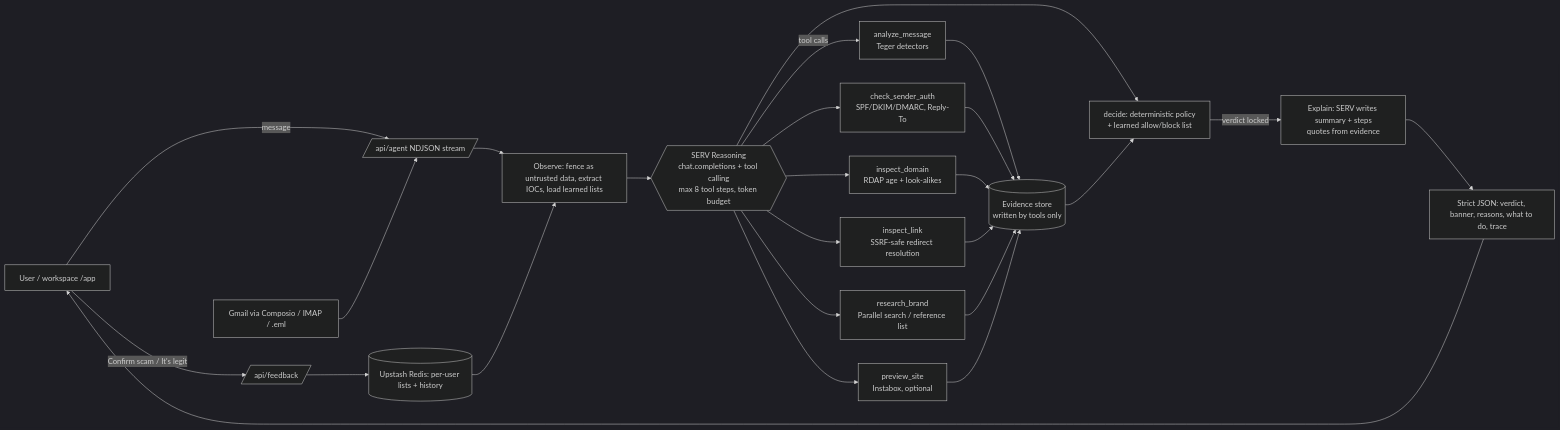
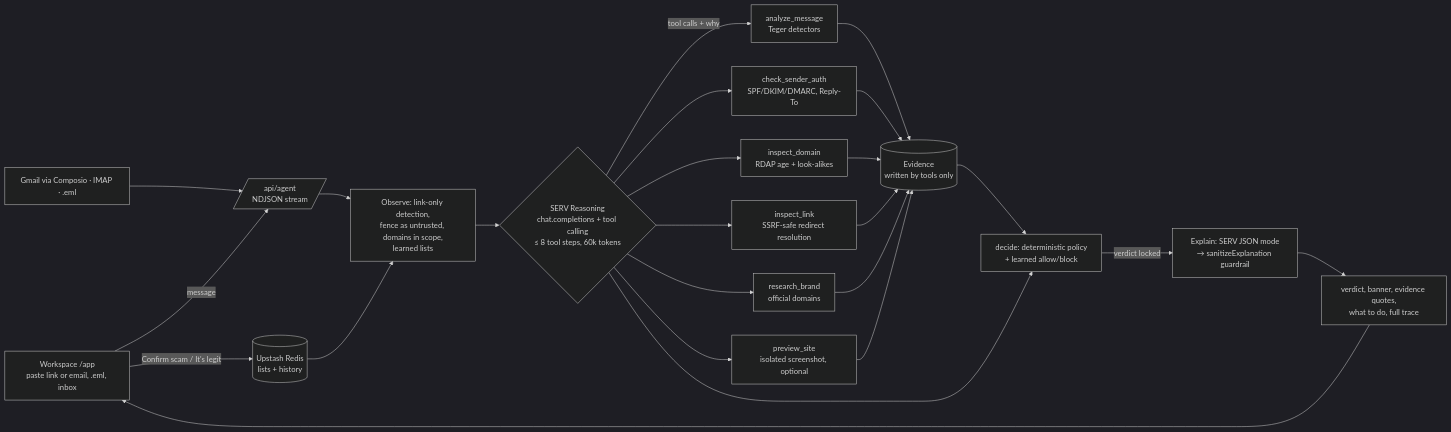
The diagram in README.md (dukemawex/teger-agent), drawn with Mermaid (dark theme) before and after one commit. The commit also changed other lines of this file and 1 other file, not shown here.

Commit message:
README for judges: 30-second try-it path, badges, SERV usage with line permalinks, eval table, safety model, honest limitations; submission evidence

````diff
--- a/README.md
+++ b/README.md
@@ -49,21 +50,21 @@
 ```mermaid
 flowchart LR
-  U[User / workspace /app] -- message --> API[/api/agent NDJSON stream/]
-  API --> OBS[Observe: fence as untrusted data, extract IOCs, load learned lists]
-  OBS --> LOOP{{SERV Reasoning<br/>chat.completions + tool calling<br/>max 8 tool steps, token budget}}
-  LOOP -- tool calls --> T1[analyze_message<br/>Teger detectors]
+  U[Workspace /app<br/>paste link or email, .eml, inbox] -- message --> API[/api/agent<br/>NDJSON stream/]
+  API --> OBS[Observe: link-only detection,<br/>fence as untrusted, domains in scope,<br/>learned lists]
+  OBS --> LOOP{SERV Reasoning<br/>chat.completions + tool calling<br/>≤ 8 tool steps, 60k tokens}
+  LOOP -- tool calls + why --> T1[analyze_message<br/>Teger detectors]
   LOOP --> T2[check_sender_auth<br/>SPF/DKIM/DMARC, Reply-To]
   LOOP --> T3[inspect_domain<br/>RDAP age + look-alikes]
   LOOP --> T4[inspect_link<br/>SSRF-safe redirect resolution]
-  LOOP --> T5[research_brand<br/>Parallel search / reference list]
-  LOOP --> T6[preview_site<br/>Instabox, optional]
-  T1 & T2 & T3 & T4 & T5 & T6 --> EV[(Evidence store<br/>written by tools only)]
-  LOOP --> D[decide: deterministic policy<br/>+ learned allow/block list]
+  LOOP --> T5[research_brand<br/>official domains]
+  LOOP --> T6[preview_site<br/>isolated screenshot, optional]
+  T1 & T2 & T3 & T4 & T5 & T6 --> EV[(Evidence<br/>written by tools only)]
+  LOOP --> D[decide: deterministic policy<br/>+ learned allow/block]
   EV --> D
-  D -- verdict locked --> EX[Explain: SERV writes summary + steps<br/>quotes from evidence]
-  EX --> OUT[Strict JSON: verdict, banner, reasons, what to do, trace]
+  D -- verdict locked --> EX[Explain: SERV JSON mode<br/>→ sanitizeExplanation guardrail]
+  EX --> OUT[verdict, banner, evidence quotes,<br/>what to do, full trace]
   OUT --> U
-  U -- Confirm scam / It's legit --> FB[/api/feedback/] --> MEM[(Upstash Redis: per-user lists + history)]
-  INBOX[Gmail via Composio / IMAP / .eml] --> API
+  U -- Confirm scam / It's legit --> MEM[(Upstash Redis<br/>lists + history)]
   MEM --> OBS
+  INBOX[Gmail via Composio · IMAP · .eml] --> API
 ```
````
